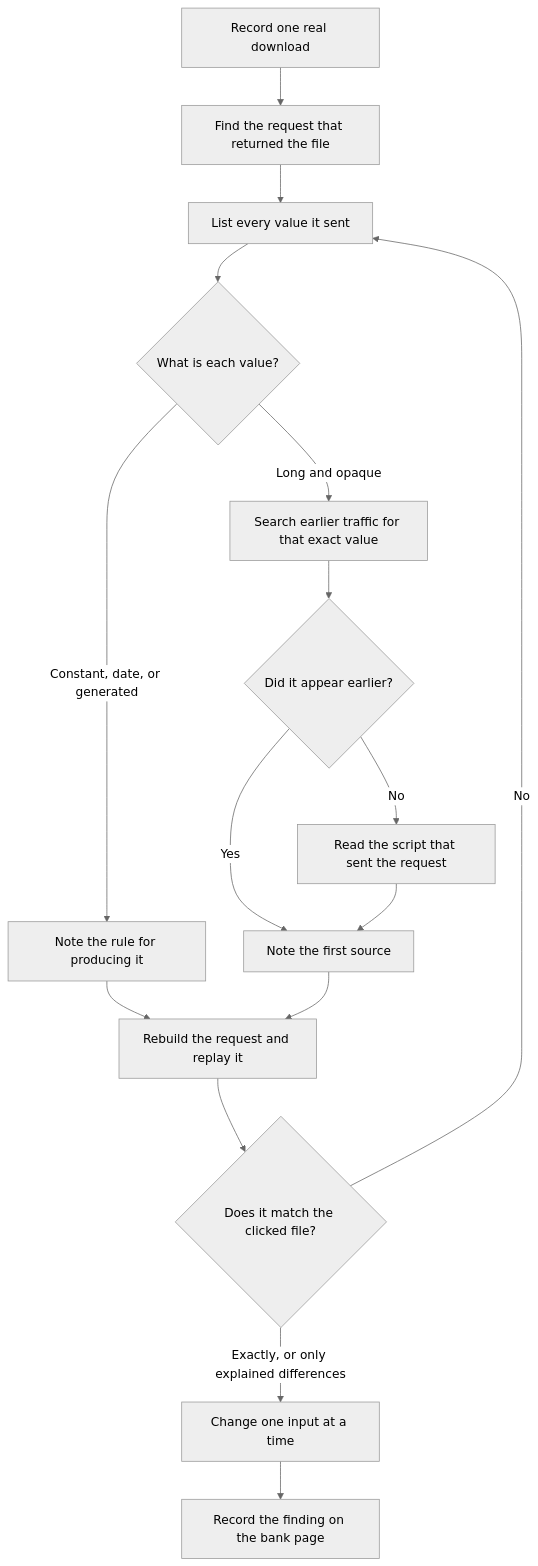
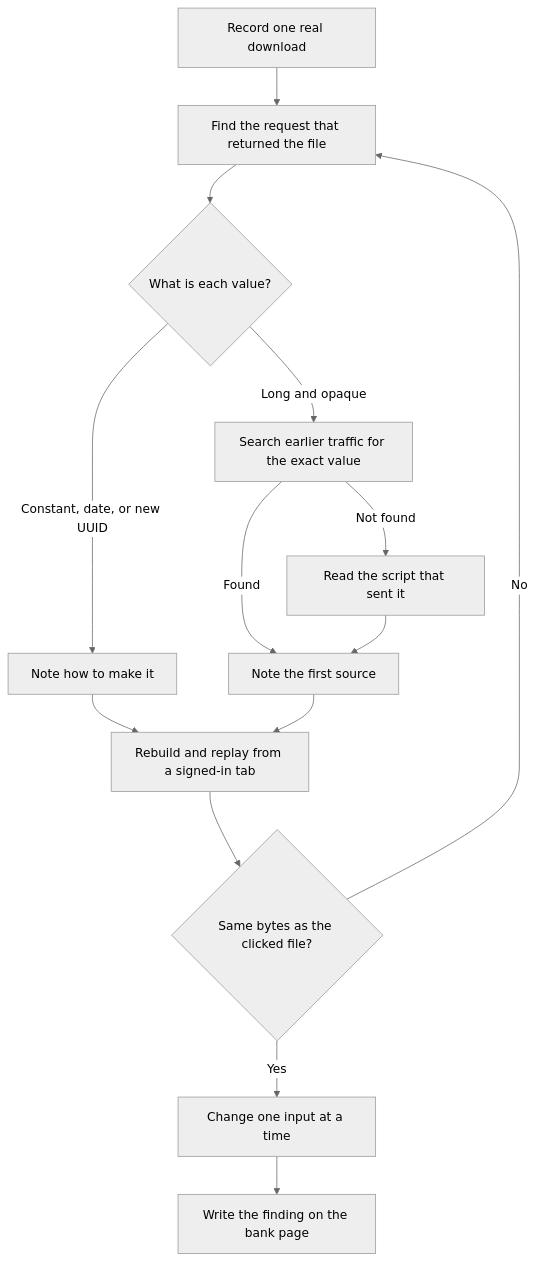
The second of 2 diagrams in docs/architecture/bank-requests/README.md (spinningyoyo/omsync), drawn with Mermaid (neutral theme) before and after one commit. The commit also changed other lines of this file and 140 other files, not shown here.

First line of the commit message:
refactor: name the counterparty and each rule by its evidence

````diff
--- a/docs/architecture/bank-requests/README.md
+++ b/docs/architecture/bank-requests/README.md
@@ -43,18 +27,16 @@
 ```mermaid
 flowchart TD
     Record[Record one real download] --> Find[Find the request that returned the file]
-    Find --> List[List every value it sent]
-    List --> Sort{What is each value?}
-    Sort -->|Constant, date, or generated| Keep[Note the rule for producing it]
-    Sort -->|Long and opaque| Trace[Search earlier traffic for that exact value]
-    Trace --> Found{Did it appear earlier?}
-    Found -->|Yes| Source[Note the first source]
-    Found -->|No| Script[Read the script that sent the request]
+    Find --> Sort{What is each value?}
+    Sort -->|Constant, date, or new UUID| Rule[Note how to make it]
+    Sort -->|Long and opaque| Search[Search earlier traffic for the exact value]
+    Search -->|Found| Source[Note the first source]
+    Search -->|Not found| Script[Read the script that sent it]
     Script --> Source
-    Keep --> Replay[Rebuild the request and replay it]
+    Rule --> Replay[Rebuild and replay from a signed-in tab]
     Source --> Replay
-    Replay --> Same{Does it match the clicked file?}
-    Same -->|Exactly, or only explained differences| Vary[Change one input at a time]
-    Same -->|No| List
-    Vary --> Record2[Record the finding on the bank page]
+    Replay --> Same{Same bytes as the clicked file?}
+    Same -->|Yes| Vary[Change one input at a time]
+    Same -->|No| Find
+    Vary --> Write[Write the finding on the bank page]
 ```
````
